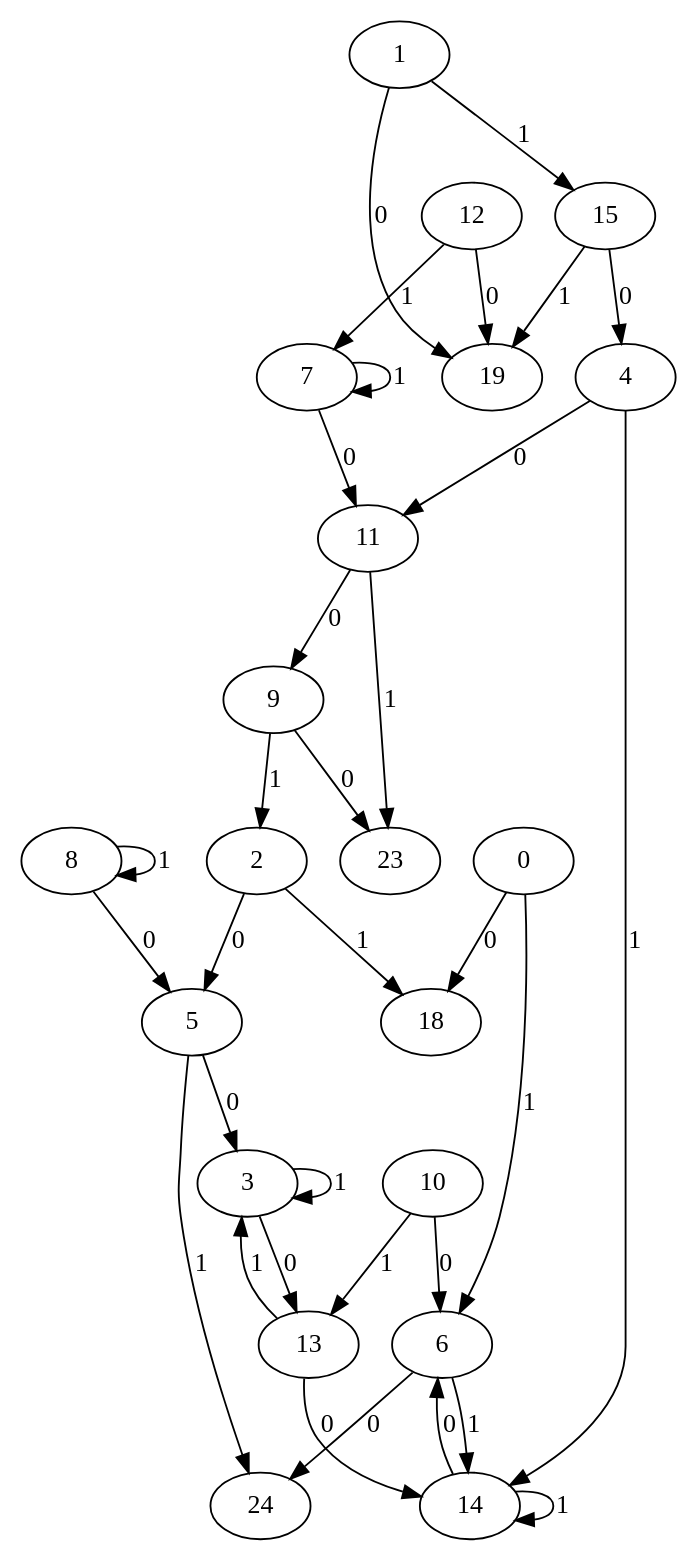
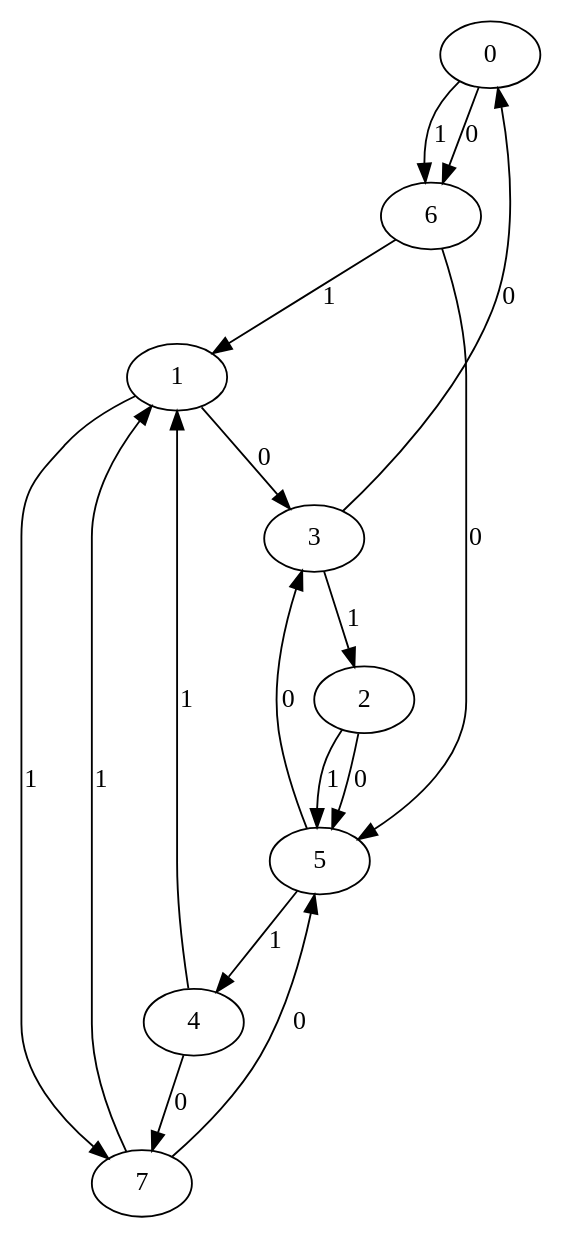
One commit to PC53/Honors-Project-ARRIVAL-Graphs changed the diagram in arrival.gv. Above: the diagram before and after it, drawn with Graphviz. The commit also changed 3 other files, not shown here.

```diff
--- a/arrival.gv
+++ b/arrival.gv
@@ -1,34 +1,18 @@
 digraph G {
-	0 -> 18 [label=0]
+	0 -> 6 [label=0]
 	0 -> 6 [label=1]
-	1 -> 19 [label=0]
-	1 -> 15 [label=1]
+	1 -> 3 [label=0]
+	1 -> 7 [label=1]
 	2 -> 5 [label=0]
-	2 -> 18 [label=1]
-	3 -> 13 [label=0]
-	3 -> 3 [label=1]
-	4 -> 11 [label=0]
-	4 -> 14 [label=1]
+	2 -> 5 [label=1]
+	3 -> 0 [label=0]
+	3 -> 2 [label=1]
+	4 -> 7 [label=0]
+	4 -> 1 [label=1]
 	5 -> 3 [label=0]
-	5 -> 24 [label=1]
-	6 -> 24 [label=0]
-	6 -> 14 [label=1]
-	7 -> 11 [label=0]
-	7 -> 7 [label=1]
-	8 -> 5 [label=0]
-	8 -> 8 [label=1]
-	9 -> 23 [label=0]
-	9 -> 2 [label=1]
-	10 -> 6 [label=0]
-	10 -> 13 [label=1]
-	11 -> 9 [label=0]
-	11 -> 23 [label=1]
-	12 -> 19 [label=0]
-	12 -> 7 [label=1]
-	13 -> 14 [label=0]
-	13 -> 3 [label=1]
-	14 -> 6 [label=0]
-	14 -> 14 [label=1]
-	15 -> 4 [label=0]
-	15 -> 19 [label=1]
+	5 -> 4 [label=1]
+	6 -> 5 [label=0]
+	6 -> 1 [label=1]
+	7 -> 5 [label=0]
+	7 -> 1 [label=1]
 }
```
